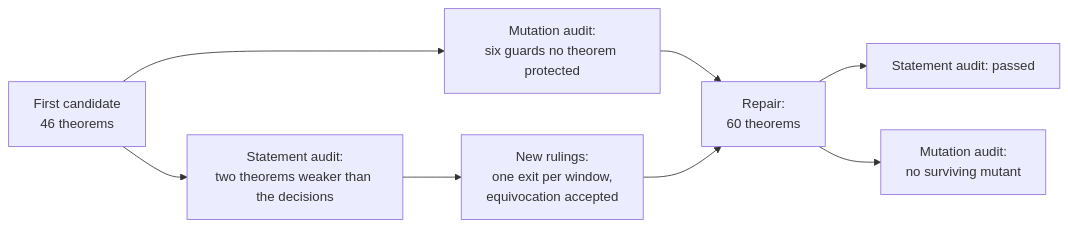
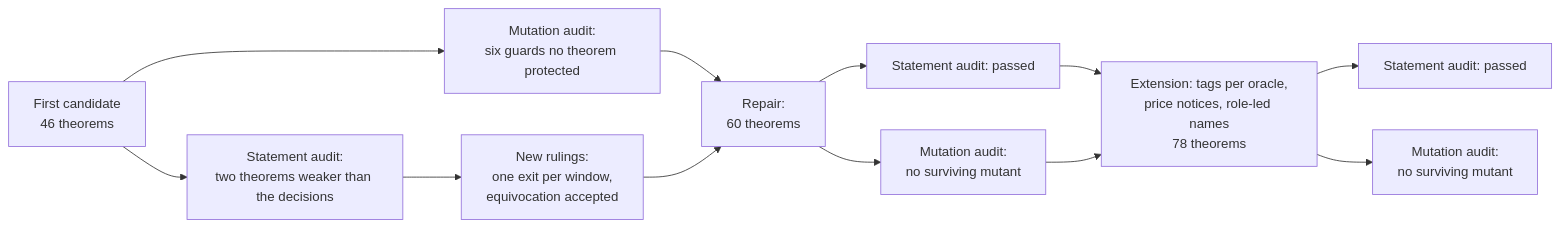
The second of 2 diagrams in docs/design/registries/formal-model.md (cardano-foundation/cardano-mpfs-onchain), drawn with Mermaid before and after one commit. The commit also changed other lines of this file, not shown here.

Commit message:
docs: formal model page for tags per oracle, price notices and role-led names

````diff
--- a/docs/design/registries/formal-model.md
+++ b/docs/design/registries/formal-model.md
@@ -78,10 +75,14 @@
 ```mermaid
 flowchart LR
   c1["First candidate<br/>46 theorems"] --> a1["Statement audit:<br/>two theorems weaker than the decisions"]
   c1 --> m1["Mutation audit:<br/>six guards no theorem protected"]
   a1 --> d["New rulings:<br/>one exit per window,<br/>equivocation accepted"]
   m1 --> r["Repair:<br/>60 theorems"]
   d --> r
   r --> a2["Statement audit: passed"]
   r --> m2["Mutation audit:<br/>no surviving mutant"]
+  a2 --> x["Extension: tags per oracle,<br/>price notices, role-led names<br/>78 theorems"]
+  m2 --> x
+  x --> a3["Statement audit: passed"]
+  x --> m3["Mutation audit:<br/>no surviving mutant"]
 ```
````
